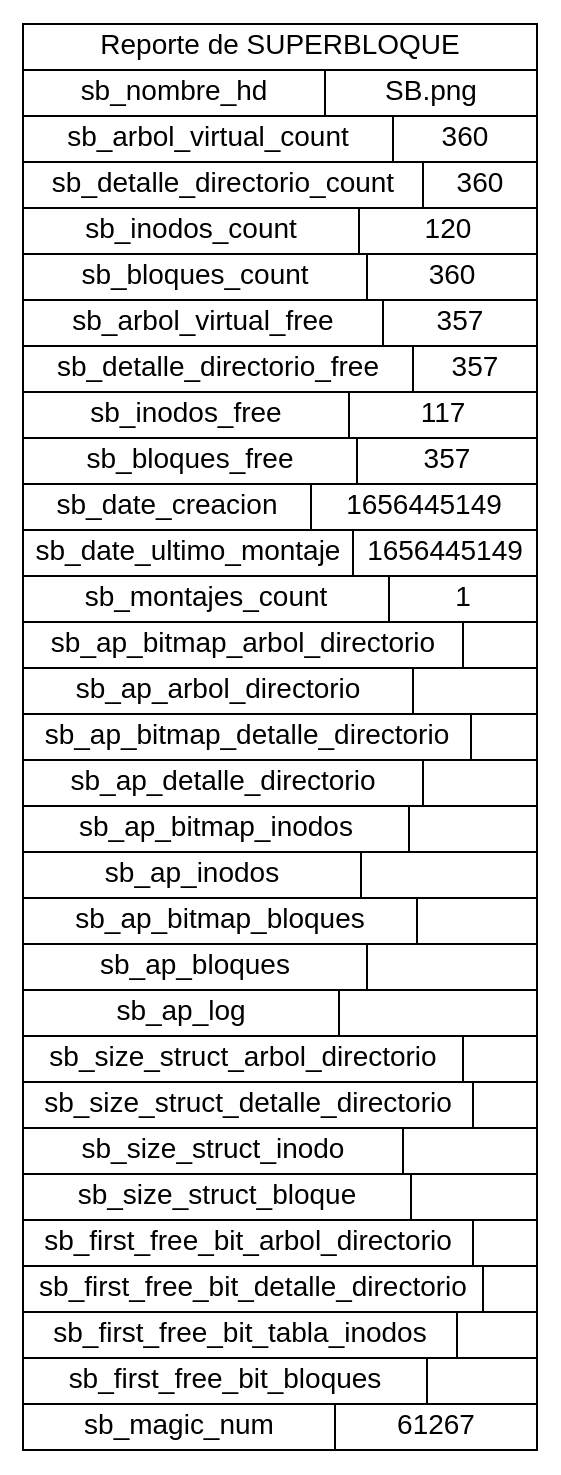
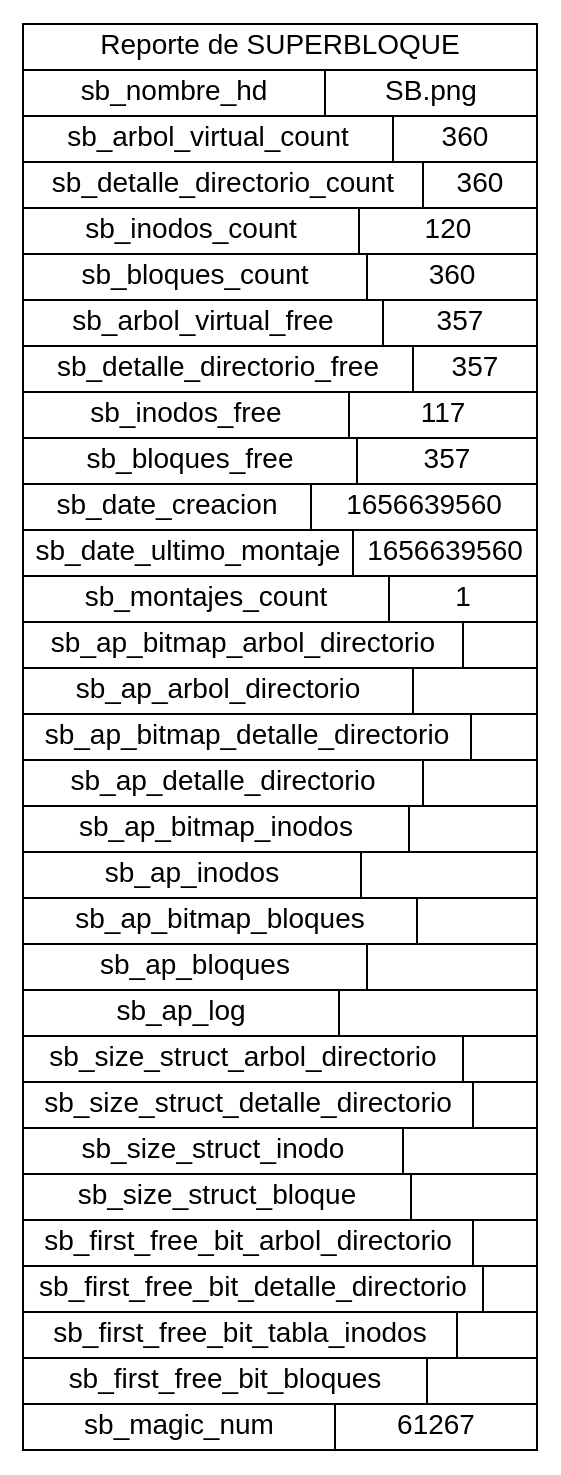
One commit to jona1403/Sistema-de-archivos changed the diagram in Source/ReporteSB.dot. Above: the diagram before and after it, drawn with Graphviz. The commit also changed 10 other files, not shown here.

```diff
--- a/Source/ReporteSB.dot
+++ b/Source/ReporteSB.dot
@@ -1,1 +1,1 @@
-digraph G{fontname="Helvetica,Arial,sans-serif"node [fontname="Helvetica,Arial,sans-serif"]edge [fontname="Helvetica,Arial,sans-serif"]concentrate=True;rankdir=LR;node [shape=record];1 [label="Reporte de SUPERBLOQUE | { sb_nombre_hd |SB.png}|{sb_arbol_virtual_count|360}|{sb_detalle_directorio_count|360}|{sb_inodos_count|120}|{sb_bloques_count|360}|{sb_arbol_virtual_free|357}|{sb_detalle_directorio_free|357}|{sb_inodos_free|117}|{sb_bloques_free|357}|{sb_date_creacion|1656445149}|{sb_date_ultimo_montaje|1656445149}|{sb_montajes_count|1}|{sb_ap_bitmap_arbol_directorio|}|{sb_ap_arbol_directorio|}|{sb_ap_bitmap_detalle_directorio|}|{sb_ap_detalle_directorio|}|{sb_ap_bitmap_inodos|}|{sb_ap_inodos|}|{sb_ap_bitmap_bloques|}|{sb_ap_bloques|}|{sb_ap_log|}|{sb_size_struct_arbol_directorio|}|{sb_size_struct_detalle_directorio|}|{sb_size_struct_inodo|}|{sb_size_struct_bloque|}|{sb_first_free_bit_arbol_directorio|}|{sb_first_free_bit_detalle_directorio|}|{sb_first_free_bit_tabla_inodos|}|{sb_first_free_bit_bloques|}|{sb_magic_num|61267}"];}
+digraph G{fontname="Helvetica,Arial,sans-serif"node [fontname="Helvetica,Arial,sans-serif"]edge [fontname="Helvetica,Arial,sans-serif"]concentrate=True;rankdir=LR;node [shape=record];1 [label="Reporte de SUPERBLOQUE | { sb_nombre_hd |SB.png}|{sb_arbol_virtual_count|360}|{sb_detalle_directorio_count|360}|{sb_inodos_count|120}|{sb_bloques_count|360}|{sb_arbol_virtual_free|357}|{sb_detalle_directorio_free|357}|{sb_inodos_free|117}|{sb_bloques_free|357}|{sb_date_creacion|1656639560}|{sb_date_ultimo_montaje|1656639560}|{sb_montajes_count|1}|{sb_ap_bitmap_arbol_directorio|}|{sb_ap_arbol_directorio|}|{sb_ap_bitmap_detalle_directorio|}|{sb_ap_detalle_directorio|}|{sb_ap_bitmap_inodos|}|{sb_ap_inodos|}|{sb_ap_bitmap_bloques|}|{sb_ap_bloques|}|{sb_ap_log|}|{sb_size_struct_arbol_directorio|}|{sb_size_struct_detalle_directorio|}|{sb_size_struct_inodo|}|{sb_size_struct_bloque|}|{sb_first_free_bit_arbol_directorio|}|{sb_first_free_bit_detalle_directorio|}|{sb_first_free_bit_tabla_inodos|}|{sb_first_free_bit_bloques|}|{sb_magic_num|61267}"];}
```
